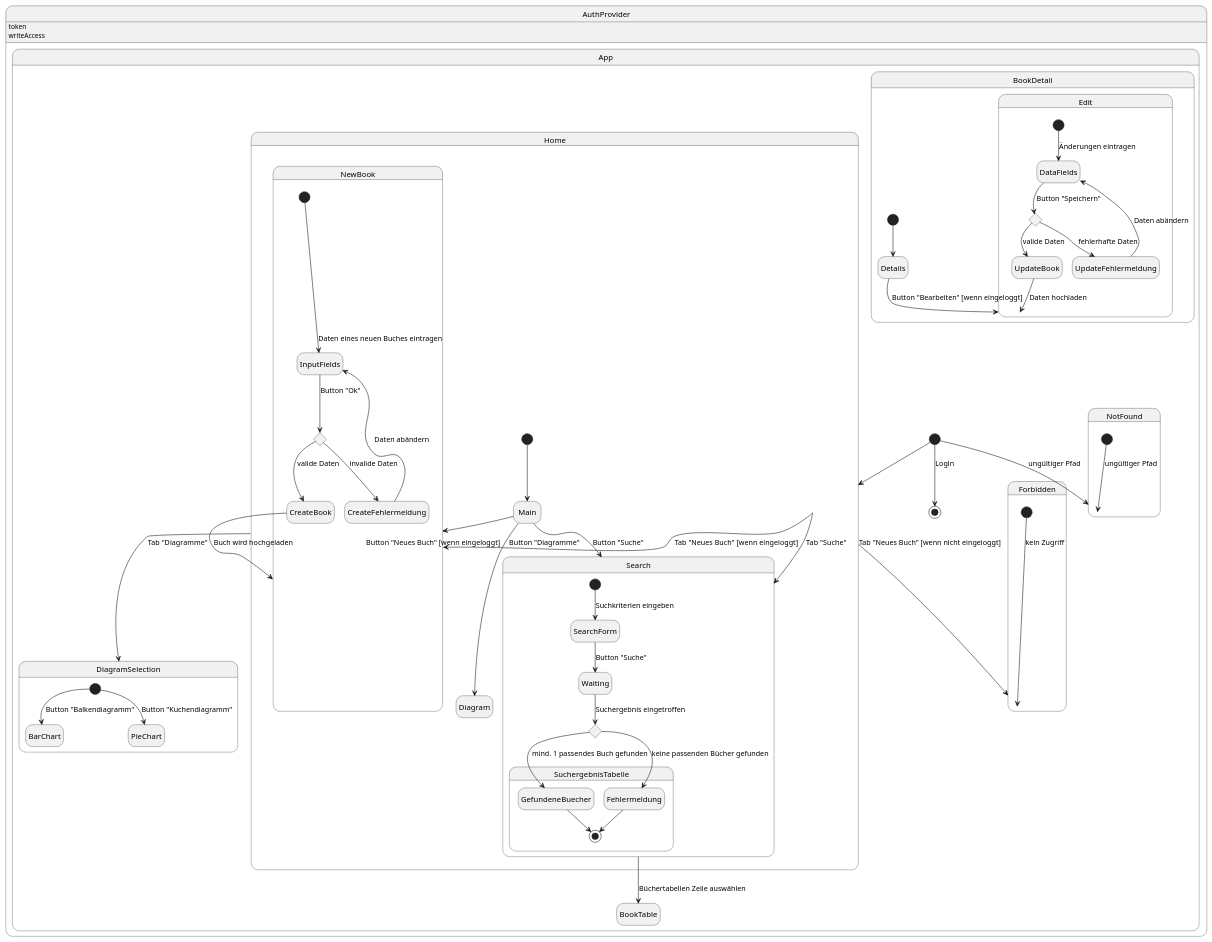
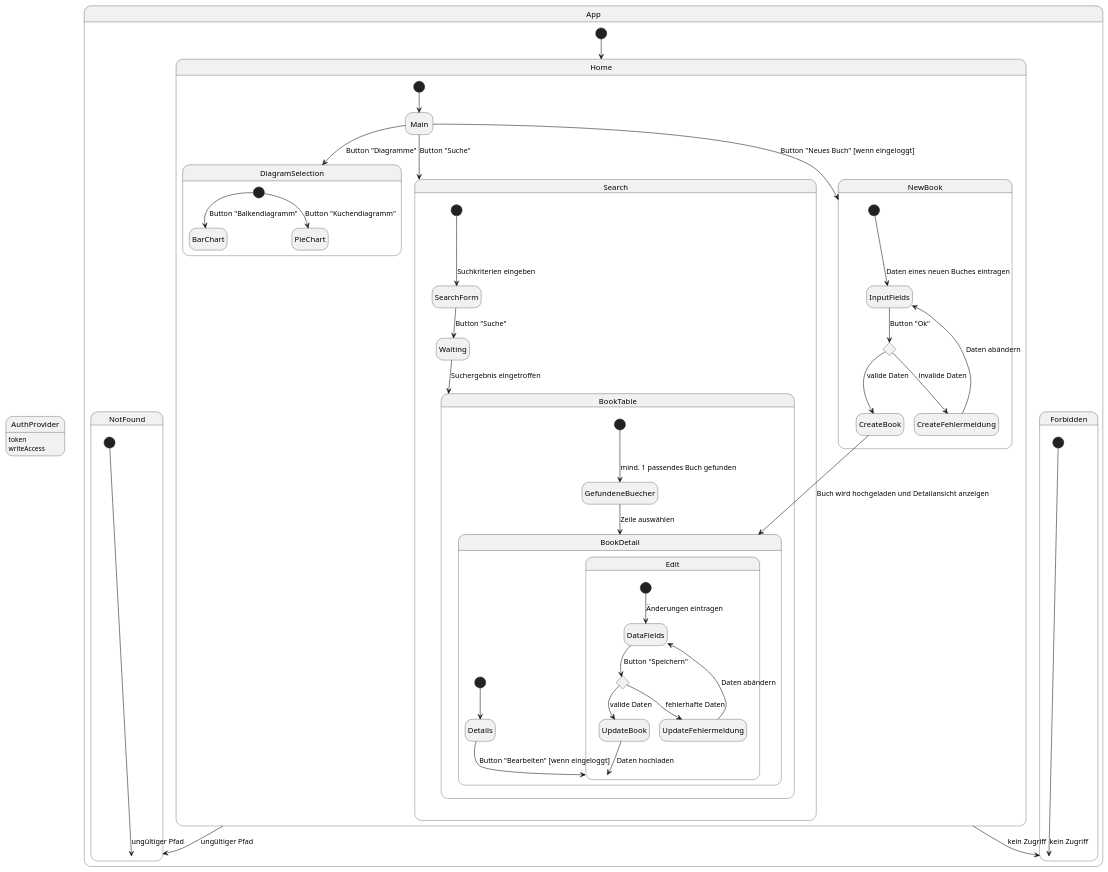
The diagram in .extras/doc/zustandsdiagramm.plantuml (marius-a-mueller/buchweb), drawn with PlantUML before and after one commit.

Commit message:
Custumization of State Diagram

```diff
--- a/.extras/doc/zustandsdiagramm.plantuml
+++ b/.extras/doc/zustandsdiagramm.plantuml
@@ -1,84 +1,75 @@
 @startuml Zustandsdiagramm
 ' Preview durch <Alt>d
 
 hide empty description
 
 state AuthProvider {
   AuthProvider : token
   AuthProvider : writeAccess
+}
 
-  state App {
-    [*]--> [*]: Login
-    [*] --> Home
+state App {
+  [*] --> Home
 
-    state Home {
-      [*] --> Main
-      Main -down-> Search : Button "Suche"
-      Main -down-> NewBook : Button "Neues Buch" [wenn eingeloggt]
-      Main -down-> Diagram : Button "Diagramme"
+  state Home {
+    [*] --> Main
+    Main -down-> Search : Button "Suche"
+    Main -down-> NewBook : Button "Neues Buch" [wenn eingeloggt]
+    Main -down-> DiagramSelection : Button "Diagramme"
+  }
+
+  state Search {
+    [*] --> SearchForm : Suchkriterien eingeben
+    SearchForm --> Waiting : Button "Suche"
+    Waiting --> BookTable : Suchergebnis eingetroffen
+    
+
+    state BookTable {
+      [*] --> GefundeneBuecher : mind. 1 passendes Buch gefunden
+      GefundeneBuecher --> BookDetail : Zeile auswählen
     }
+  }
 
-    state Search {
-      [*] --> SearchForm: Suchkriterien eingeben
-      SearchForm --> Waiting: Button "Suche"
-      state SearchChoice <<choice>>
-      Waiting --> SearchChoice: Suchergebnis eingetroffen
+  state BookDetail {
+    [*] --> Details
+    Details --> Edit : Button "Bearbeiten" [wenn eingeloggt]
+  }
 
-      state SuchergebnisTabelle {
-        SearchChoice --> GefundeneBuecher: mind. 1 passendes Buch gefunden
-        SearchChoice --> Fehlermeldung: keine passenden Bücher gefunden
-        Fehlermeldung --> [*]
-        GefundeneBuecher --> [*]
-      }
-    }
+  state Edit {
+    [*] --> DataFields : Änderungen eintragen
+    state UpdateChoice <<choice>>
+    DataFields --> UpdateChoice : Button "Speichern"
+    UpdateChoice --> UpdateBook : valide Daten
+    UpdateChoice --> UpdateFehlermeldung : fehlerhafte Daten
+    UpdateBook --> Edit : Daten hochladen
+    UpdateFehlermeldung --> DataFields : Daten abändern
+  }
 
-    Search --> BookTable: Büchertabellen Zeile auswählen
+  state NewBook {
+    [*] --> InputFields : Daten eines neuen Buches eintragen
+    state AddChoice <<choice>>
+    InputFields --> AddChoice : Button "Ok"
+    AddChoice --> CreateBook : valide Daten
+    AddChoice --> CreateFehlermeldung : invalide Daten
+    CreateBook --> BookDetail : Buch wird hochgeladen und Detailansicht anzeigen
+    CreateFehlermeldung --> InputFields : Daten abändern
+  }
 
-    state BookDetail {
-      [*] --> Details
-      Details --> Edit: Button "Bearbeiten" [wenn eingeloggt]
-    }
+  state DiagramSelection {
+    [*] --> BarChart : Button "Balkendiagramm"
+    [*] --> PieChart : Button "Kuchendiagramm"
+  }
 
-    state Edit {
-      [*] --> DataFields: Änderungen eintragen
-      state UpdateChoice <<choice>>
-      DataFields --> UpdateChoice: Button "Speichern"
-      UpdateChoice --> UpdateBook: valide Daten
-      UpdateChoice --> UpdateFehlermeldung: fehlerhafte Daten
-      UpdateBook --> Edit: Daten hochladen
-      UpdateFehlermeldung --> DataFields: Daten abändern
-    }
+  state NotFound {
+    [*] --> NotFound : ungültiger Pfad
+  }
 
-    state NewBook {
-      [*] --> InputFields: Daten eines neuen Buches eintragen
-      state AddChoice <<choice>>
-      InputFields --> AddChoice: Button "Ok"
-      AddChoice --> CreateBook: valide Daten
-      AddChoice --> CreateFehlermeldung: invalide Daten
-      CreateBook --> NewBook: Buch wird hochgeladen
-      CreateFehlermeldung --> InputFields: Daten abändern
-    }
+  state Forbidden {
+    [*] --> Forbidden : kein Zugriff
+  }
 
-    state DiagramSelection {
-      [*] --> BarChart: Button "Balkendiagramm"
-      [*] --> PieChart: Button "Kuchendiagramm"
-    }
-
-    state NotFound {
-      [*] --> NotFound: ungültiger Pfad
-    }
-
-    state Forbidden {
-      [*] --> Forbidden: kein Zugriff
-    }
-
-    Home -down-> Search: Tab "Suche"
-    Home -down-> NewBook: Tab "Neues Buch" [wenn eingeloggt]
-    Home -down-> DiagramSelection: Tab "Diagramme"
-    Home -down-> Forbidden: Tab "Neues Buch" [wenn nicht eingeloggt]
-
-    [*] --> NotFound: ungültiger Pfad
-  }
+  Home --> Forbidden : kein Zugriff
+  Home --> NotFound : ungültiger Pfad
 }
 
 @enduml
```
